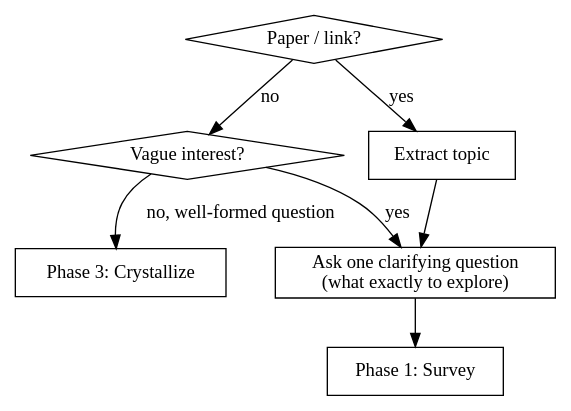
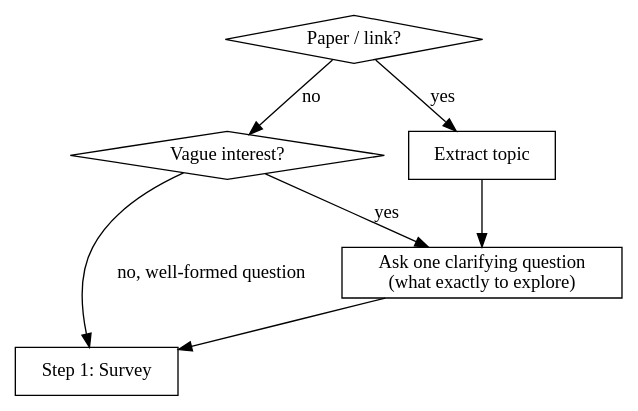
Before and after one commit to QuantumBFS/sci-brain: the first of 2 diagrams in skills/sci-brainstorm/SKILL.md, drawn with Graphviz. The commit also changed other lines of this file and 4 other files, not shown here.

````diff
--- a/skills/sci-brainstorm/SKILL.md
+++ b/skills/sci-brainstorm/SKILL.md
@@ -14,17 +14,16 @@
 ```dot
 digraph {
     "Paper / link?" [shape=diamond];
     "Vague interest?" [shape=diamond];
     "Extract topic" [shape=box];
     "Ask one clarifying question\n(what exactly to explore)" [shape=box];
-    "Phase 1: Survey" [shape=box];
-    "Phase 3: Crystallize" [shape=box];
+    "Step 1: Survey" [shape=box];
 
     "Paper / link?" -> "Extract topic" [label="yes"];
     "Paper / link?" -> "Vague interest?" [label="no"];
     "Extract topic" -> "Ask one clarifying question\n(what exactly to explore)";
-    "Ask one clarifying question\n(what exactly to explore)" -> "Phase 1: Survey";
+    "Ask one clarifying question\n(what exactly to explore)" -> "Step 1: Survey";
     "Vague interest?" -> "Ask one clarifying question\n(what exactly to explore)" [label="yes"];
-    "Vague interest?" -> "Phase 3: Crystallize" [label="no, well-formed question"];
+    "Vague interest?" -> "Step 1: Survey" [label="no, well-formed question"];
 }
 ```
````
